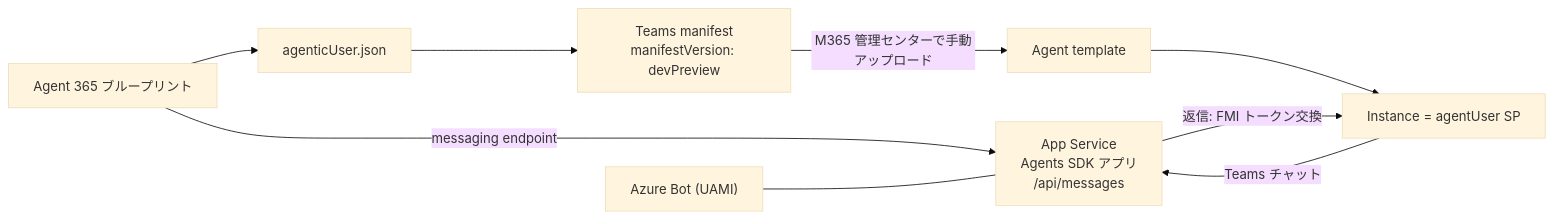
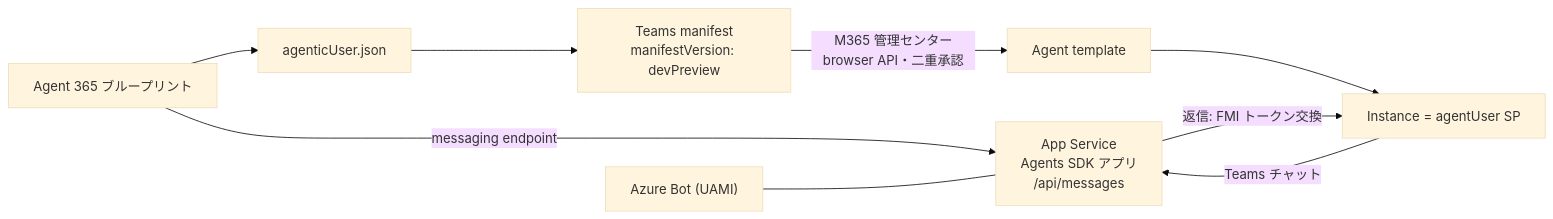
One commit to geekfujiwara/CodeAppsDevelopmentStandard changed the diagram in .github/skills/ai-teammate/references/self-hosted-agent.md. Above: the diagram before and after it, drawn with Mermaid (base theme). The commit also changed 9 other files, not shown here.

Commit message:
feat(ai-teammate): automate agent template upload (#462)

````diff
--- a/.github/skills/ai-teammate/references/self-hosted-agent.md
+++ b/.github/skills/ai-teammate/references/self-hosted-agent.md
@@ -14,11 +14,11 @@
 ```mermaid
 flowchart LR
     F["Agent 365 ブループリント"] -->|messaging endpoint| S["App Service<br/>Agents SDK アプリ<br/>/api/messages"]
     F --> G["agenticUser.json"]
     G --> E["Teams manifest<br/>manifestVersion: devPreview"]
-    E -->|M365 管理センターで手動アップロード| T["Agent template"]
+    E -->|M365 管理センターbrowser API・二重承認| T["Agent template"]
     T --> N["Instance = agentUser SP"]
     N -->|Teams チャット| S
     S -->|返信: FMI トークン交換| N
     B["Azure Bot (UAMI)"] --- S
 ```
````
